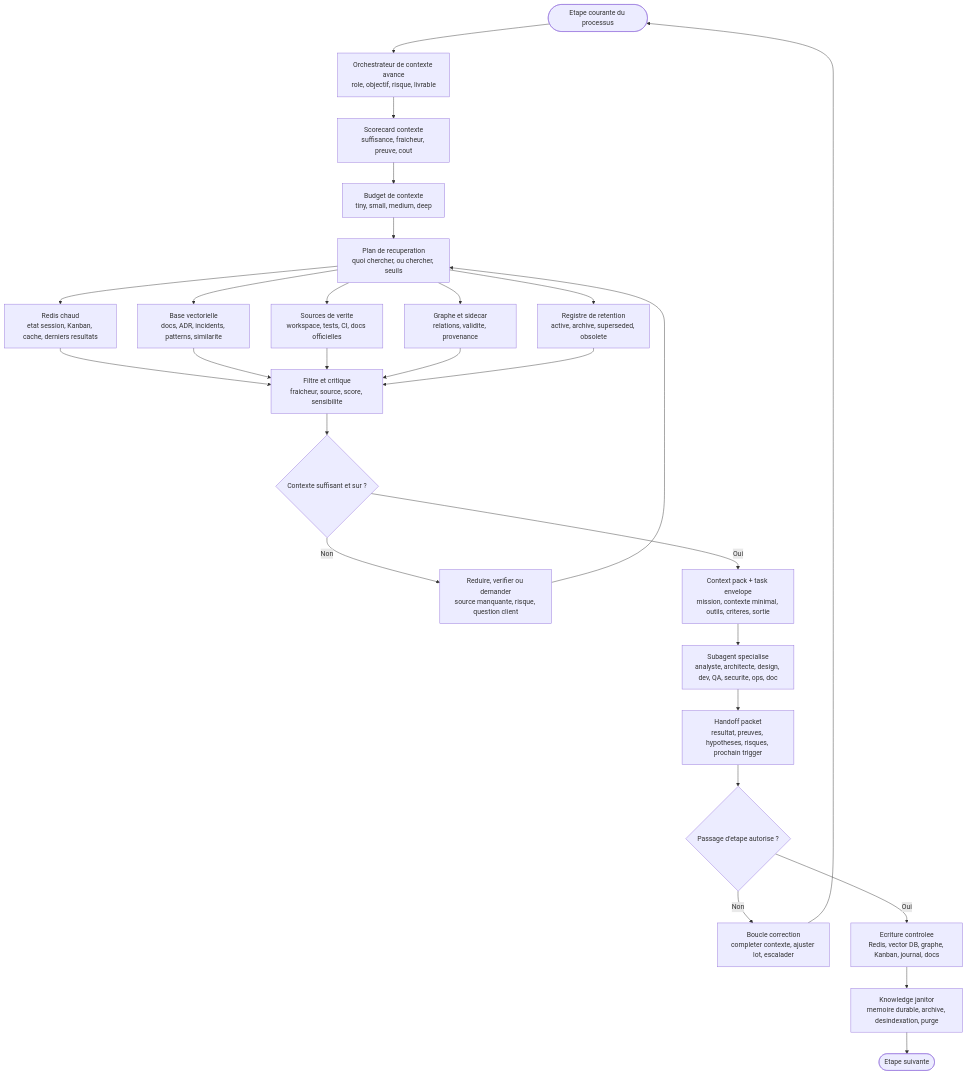
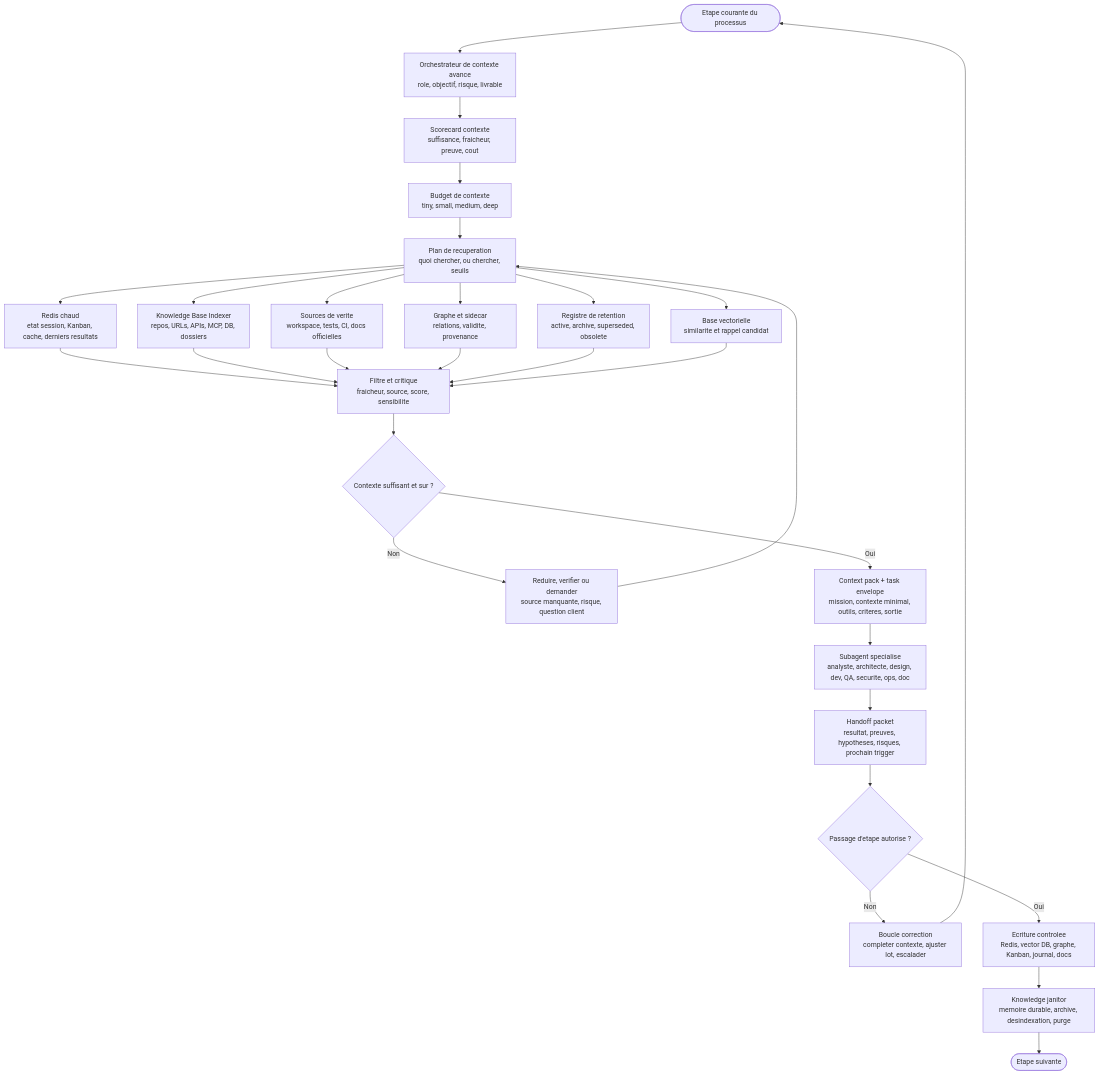
The diagram in docs/orchestration-contexte-agentique.md (Guilhem-Bonnet/processus-developpement-agentique), drawn with Mermaid before and after one commit. The commit also changed other lines of this file and 70 other files, not shown here.

````diff
--- a/docs/orchestration-contexte-agentique.md
+++ b/docs/orchestration-contexte-agentique.md
@@ -9,34 +9,36 @@
 ```mermaid
 flowchart TD
     A([Etape courante du processus]) --> B["Orchestrateur de contexte avance<br/>role, objectif, risque, livrable"]
     B --> B1["Scorecard contexte<br/>suffisance, fraicheur, preuve, cout"]
     B1 --> C["Budget de contexte<br/>tiny, small, medium, deep"]
     C --> D["Plan de recuperation<br/>quoi chercher, ou chercher, seuils"]
 
     D --> E1["Redis chaud<br/>etat session, Kanban, cache, derniers resultats"]
-    D --> E2["Base vectorielle<br/>docs, ADR, incidents, patterns, similarite"]
+    D --> E2["Knowledge Base Indexer<br/>repos, URLs, APIs, MCP, DB, dossiers"]
     D --> E3["Sources de verite<br/>workspace, tests, CI, docs officielles"]
     D --> E4["Graphe et sidecar<br/>relations, validite, provenance"]
     D --> E5["Registre de retention<br/>active, archive, superseded, obsolete"]
+    D --> E6["Base vectorielle<br/>similarite et rappel candidat"]
 
     E1 --> F["Filtre et critique<br/>fraicheur, source, score, sensibilite"]
     E2 --> F
     E3 --> F
     E4 --> F
     E5 --> F
+    E6 --> F
 
     F --> G{Contexte suffisant et sur ?}
     G -- Non --> H["Reduire, verifier ou demander<br/>source manquante, risque, question client"]
     H --> D
     G -- Oui --> I["Context pack + task envelope<br/>mission, contexte minimal, outils, criteres, sortie"]
 
     I --> J["Subagent specialise<br/>analyste, architecte, design, dev, QA, securite, ops, doc"]
     J --> K["Handoff packet<br/>resultat, preuves, hypotheses, risques, prochain trigger"]
     K --> L{Passage d'etape autorise ?}
 
     L -- Non --> M["Boucle correction<br/>completer contexte, ajuster lot, escalader"]
     M --> A
     L -- Oui --> N["Ecriture controlee<br/>Redis, vector DB, graphe, Kanban, journal, docs"]
     N --> P["Knowledge janitor<br/>memoire durable, archive, desindexation, purge"]
     P --> O([Etape suivante])
 ```
````
